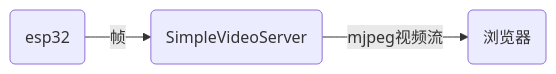
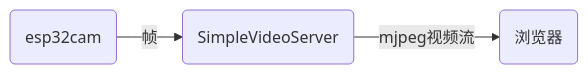
The diagram in readme.md (zzl521/car_max), drawn with Mermaid before and after one commit. The commit also changed other lines of this file, not shown here.

````diff
--- a/readme.md
+++ b/readme.md
@@ -7,8 +7,8 @@
 ```mermaid
 graph LR
-e(esp32)
+e(esp32cam)
 S(SimpleVideoServer)
 e -->|帧|S
 B(浏览器)
 S -->|mjpeg视频流|B
 ```
````
